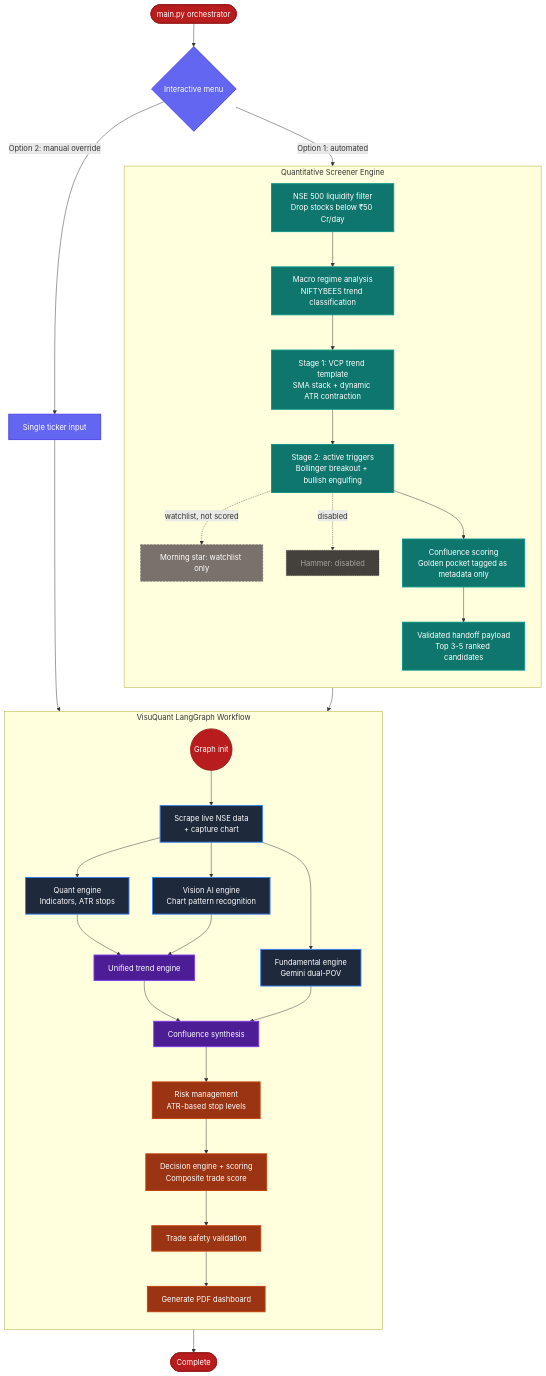
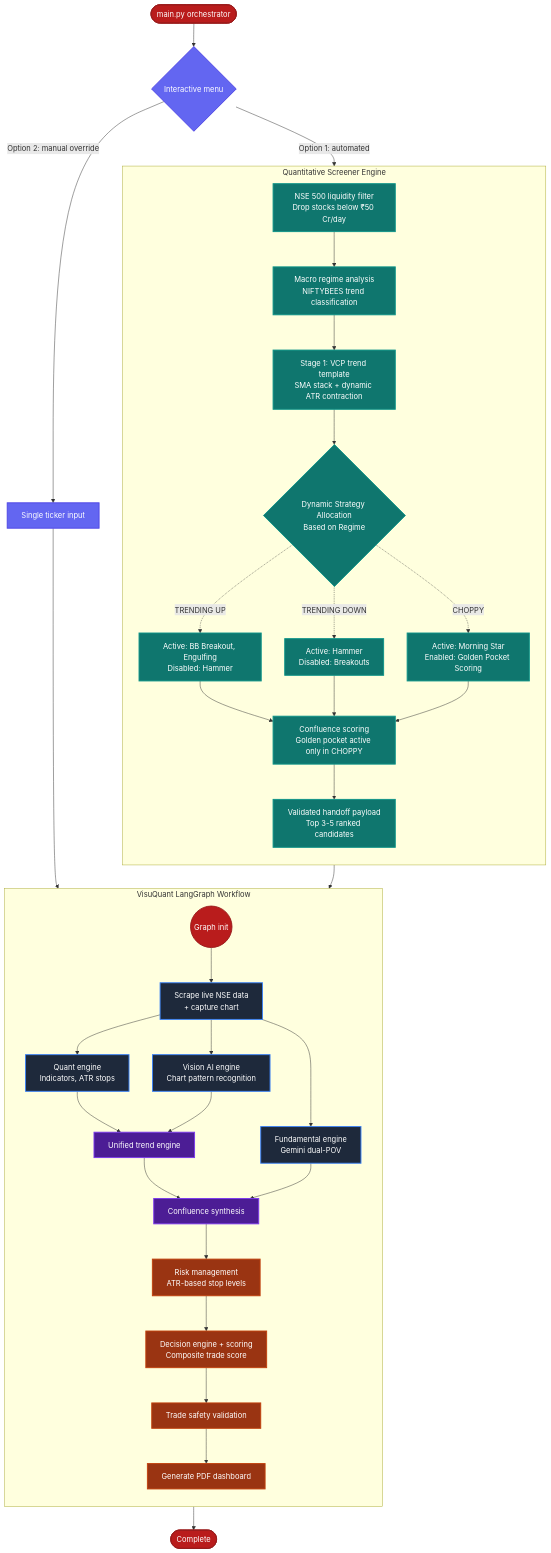
One commit to rushabhkhandhar/VisuQuant changed the diagram in README.md. Above: the diagram before and after it, drawn with Mermaid. The commit also changed other lines of this file, not shown here.

Commit message:
Updated readme with the curent logic of dynamic regime detection

````diff
--- a/README.md
+++ b/README.md
@@ -13,61 +13,65 @@
 ```mermaid
 flowchart TB
     Start([main.py orchestrator]) --> Menu{Interactive menu}
 
     Menu -->|Option 2: manual override| MT[Single ticker input]
     Menu -->|Option 1: automated| S1
 
     subgraph Screener["Quantitative Screener Engine"]
         direction TB
         S1[NSE 500 liquidity filter<br/>Drop stocks below ₹50 Cr/day] --> S2[Macro regime analysis<br/>NIFTYBEES trend classification]
         S2 --> S3[Stage 1: VCP trend template<br/>SMA stack + dynamic ATR contraction]
-        S3 --> S4[Stage 2: active triggers<br/>Bollinger breakout + bullish engulfing]
-        S4 -. watchlist, not scored .-> S4w[Morning star: watchlist only]
-        S4 -. disabled .-> S4d[Hammer: disabled]
-        S4 --> S5[Confluence scoring<br/>Golden pocket tagged as metadata only]
+        S3 --> S4_Regime{Dynamic Strategy Allocation<br/>Based on Regime}
+        
+        S4_Regime -.->|TRENDING UP| S4_Bull[Active: BB Breakout, Engulfing<br/>Disabled: Hammer]
+        S4_Regime -.->|TRENDING DOWN| S4_Bear[Active: Hammer<br/>Disabled: Breakouts]
+        S4_Regime -.->|CHOPPY| S4_Chop[Active: Morning Star<br/>Enabled: Golden Pocket Scoring]
+        
+        S4_Bull --> S5[Confluence scoring<br/>Golden pocket active only in CHOPPY]
+        S4_Bear --> S5
+        S4_Chop --> S5
+        
         S5 --> S6[Validated handoff payload<br/>Top 3-5 ranked candidates]
     end
 
     S6 --> VQ_Init
     MT --> VQ_Init
 
     subgraph VisuQuant["VisuQuant LangGraph Workflow"]
         direction TB
         VQ_Init((Graph init)) --> Capture[Scrape live NSE data<br/>+ capture chart]
 
         Capture --> Quant[Quant engine<br/>Indicators, ATR stops]
         Capture --> Vision[Vision AI engine<br/>Chart pattern recognition]
         Capture --> Fund[Fundamental engine<br/>Gemini dual-POV]
 
         Quant --> Unified[Unified trend engine]
         Vision --> Unified
 
         Unified --> Confluence[Confluence synthesis]
         Fund --> Confluence
 
         Confluence --> Risk[Risk management<br/>ATR-based stop levels]
         Risk --> Decision[Decision engine + scoring<br/>Composite trade score]
         Decision --> Safety[Trade safety validation]
         Safety --> PDF[Generate PDF dashboard]
     end
 
     PDF --> End([Complete])
 
     classDef screener fill:#0f766e,stroke:#0d9488,stroke-width:2px,color:#fff
     classDef watchlist fill:#78716c,stroke:#57534e,stroke-width:1px,color:#fff,stroke-dasharray: 4 3
     classDef disabled fill:#44403c,stroke:#292524,stroke-width:1px,color:#a8a29e,stroke-dasharray: 2 2
     classDef node fill:#1e293b,stroke:#3b82f6,stroke-width:2px,color:#fff
     classDef synthesis fill:#4c1d95,stroke:#7c3aed,stroke-width:2px,color:#fff
     classDef output fill:#9a3412,stroke:#c2410c,stroke-width:2px,color:#fff
     classDef startend fill:#b91c1c,stroke:#991b1b,stroke-width:2px,color:#fff
     classDef menu fill:#6366f1,stroke:#4f46e5,stroke-width:2px,color:#fff
 
-    class S1,S2,S3,S4,S5,S6 screener
-    class S4w watchlist
-    class S4d disabled
+    class S1,S2,S3,S4_Regime,S4_Bull,S4_Bear,S4_Chop,S5,S6 screener
     class Capture,Quant,Vision,Fund node
     class Unified,Confluence synthesis
     class Risk,Decision,Safety,PDF output
     class Start,End,VQ_Init startend
     class Menu,MT menu
 ```
````
